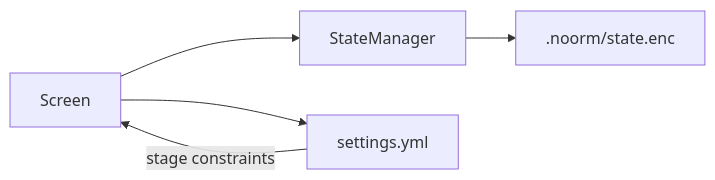
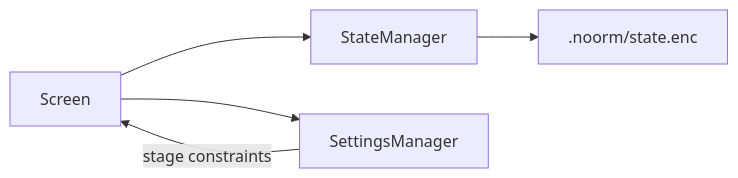
Before and after one commit to noormdev/noorm: the fourth of 4 diagrams in plan/cli/config.md, drawn with Mermaid. The commit also changed other lines of this file and 37 other files, not shown here.

````diff
--- a/plan/cli/config.md
+++ b/plan/cli/config.md
@@ -311,7 +320,7 @@
 ```mermaid
 flowchart LR
     Screen --> StateManager
-    Screen --> Settings[settings.yml]
+    Screen --> Settings[SettingsManager]
     StateManager --> EncryptedState[.noorm/state.enc]
     Settings -->|stage constraints| Screen
 ```
````
